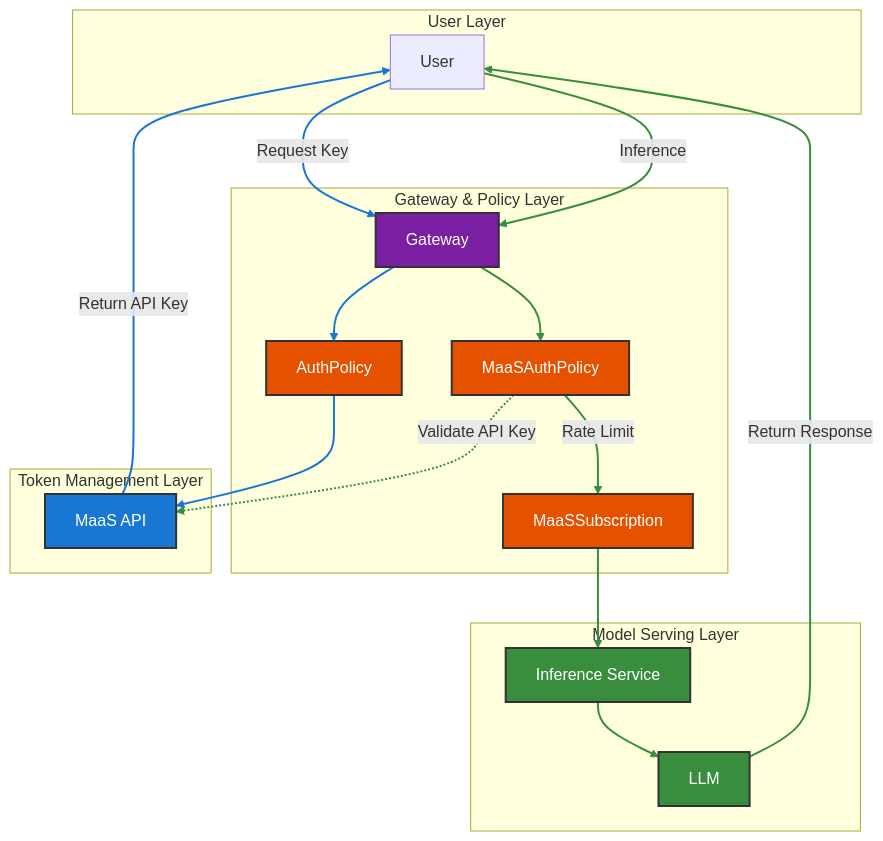
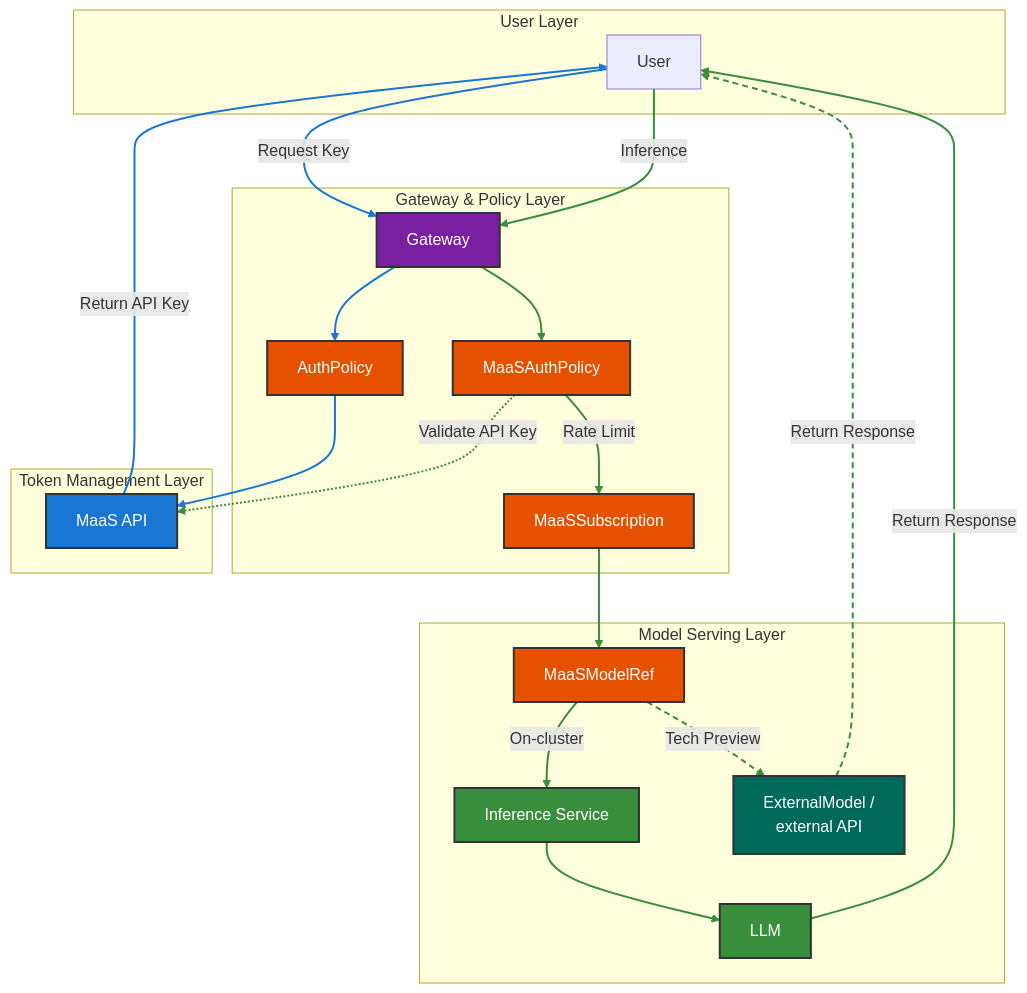
The first of 7 diagrams in docs/content/architecture.md (opendatahub-io/models-as-a-service), drawn with Mermaid before and after one commit. The commit also changed other lines of this file and 5 other files, not shown here.

Commit message:
Adding Persona Diagram

````diff
--- a/docs/content/architecture.md
+++ b/docs/content/architecture.md
@@ -20,46 +29,54 @@
 ```mermaid
 graph TB
     subgraph UserLayer["User Layer"]
         User[User]
     end
     
     subgraph GatewayPolicyLayer["Gateway & Policy Layer"]
         Gateway[Gateway]
         AuthPolicy[AuthPolicy]
         MaaSAuthPolicy[MaaSAuthPolicy]
         MaaSSubscription[MaaSSubscription]
     end
     
     subgraph TokenManagementLayer["Token Management Layer"]
         MaaSAPI[MaaS API]
     end
     
     subgraph ModelServingLayer["Model Serving Layer"]
+        MaaSModelRef["MaaSModelRef"]
         InferenceService[Inference Service]
         LLM[LLM]
+        ExternalModel["ExternalModel /<br/>external API"]
     end
     
     User -->|"Request Key"| Gateway
     Gateway --> AuthPolicy
     AuthPolicy --> MaaSAPI
     MaaSAPI -->|"Return API Key"| User
     
     User -->|"Inference"| Gateway
     Gateway --> MaaSAuthPolicy
     MaaSAuthPolicy -.->|"Validate API Key"| MaaSAPI
     MaaSAuthPolicy -->|"Rate Limit"| MaaSSubscription
-    MaaSSubscription --> InferenceService
+    MaaSSubscription --> MaaSModelRef
+    MaaSModelRef -->|"On-cluster"| InferenceService
+    MaaSModelRef -.->|"Tech Preview"| ExternalModel
     InferenceService --> LLM
     LLM -->|"Return Response"| User
+    ExternalModel -.->|"Return Response"| User
     
     linkStyle 0,1,2,3 stroke:#1976d2,stroke-width:2px
-    linkStyle 4,5,6,7,8,9,10 stroke:#388e3c,stroke-width:2px
+    linkStyle 4,5,6,7,8,9,11,12 stroke:#388e3c,stroke-width:2px
+    linkStyle 10,13 stroke:#388e3c,stroke-width:2px,stroke-dasharray: 6 4
     
     style MaaSAPI fill:#1976d2,stroke:#333,stroke-width:2px,color:#fff
     style Gateway fill:#7b1fa2,stroke:#333,stroke-width:2px,color:#fff
     style AuthPolicy fill:#e65100,stroke:#333,stroke-width:2px,color:#fff
     style MaaSAuthPolicy fill:#e65100,stroke:#333,stroke-width:2px,color:#fff
     style MaaSSubscription fill:#e65100,stroke:#333,stroke-width:2px,color:#fff
+    style MaaSModelRef fill:#e65100,stroke:#333,stroke-width:2px,color:#fff
     style InferenceService fill:#388e3c,stroke:#333,stroke-width:2px,color:#fff
     style LLM fill:#388e3c,stroke:#333,stroke-width:2px,color:#fff
+    style ExternalModel fill:#00695c,stroke:#333,stroke-width:2px,color:#fff
 ```
````
